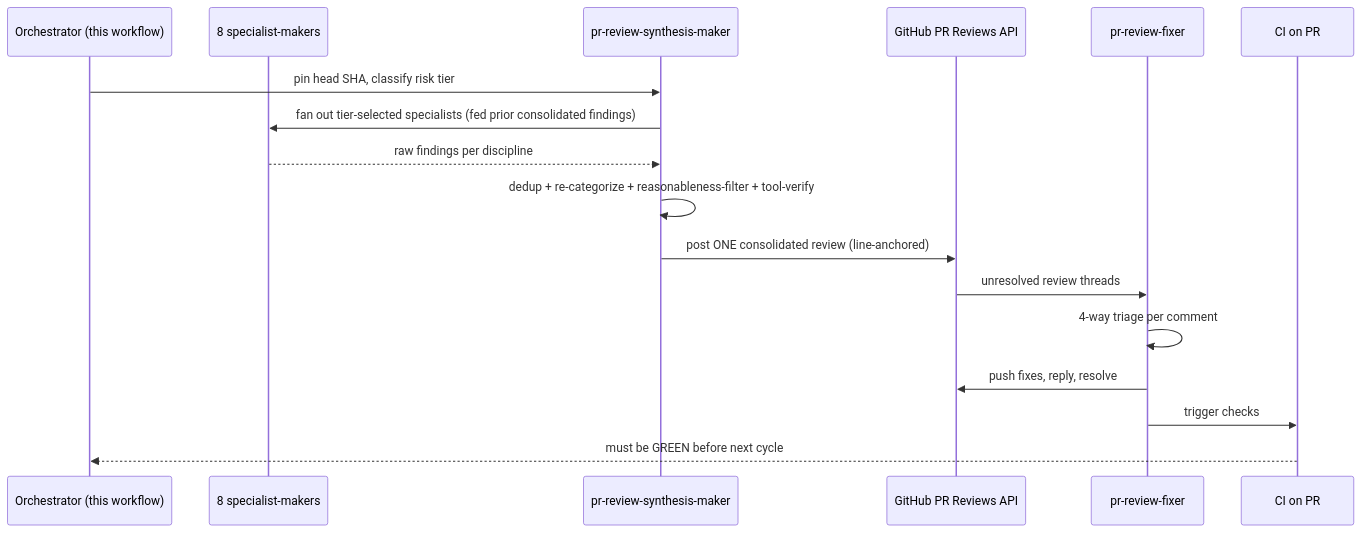
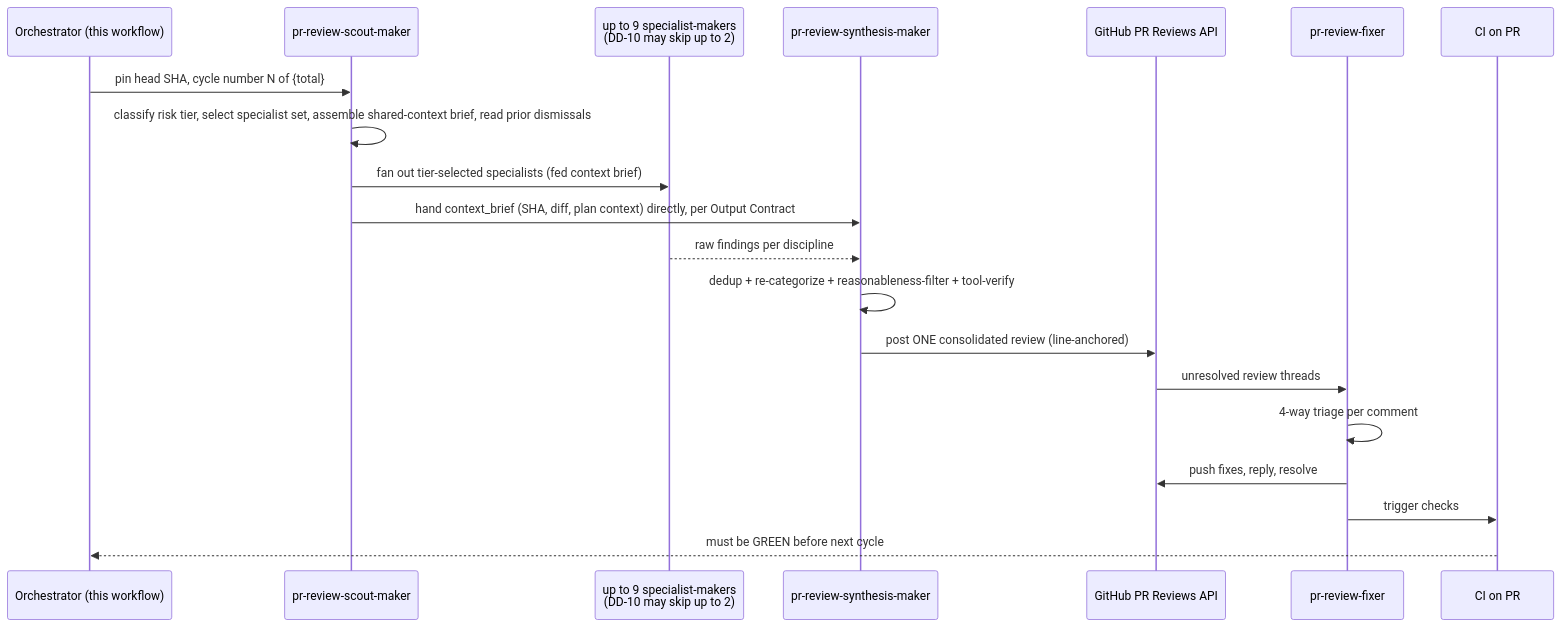
Before and after one commit to wahidyankf/ose-primer: the second of 3 diagrams in repo-governance/workflows/pr/pr-review-quality-gate.md, drawn with Mermaid. The commit also changed other lines of this file, not shown here.

First line of the commit message:
docs(workflow): wire scout-first pipeline into PR review quality gate

````diff
--- a/repo-governance/workflows/pr/pr-review-quality-gate.md
+++ b/repo-governance/workflows/pr/pr-review-quality-gate.md
@@ -151,20 +174,23 @@
 ```mermaid
 sequenceDiagram
   participant O as Orchestrator (this workflow)
-  participant SP as 8 specialist-makers
+  participant SC as pr-review-scout-maker
+  participant SP as up to 9 specialist-makers<br/>(DD-10 may skip up to 2)
   participant SY as pr-review-synthesis-maker
   participant GH as GitHub PR Reviews API
   participant F as pr-review-fixer
   participant CI as CI on PR
 
-  O->>SY: pin head SHA, classify risk tier
-  SY->>SP: fan out tier-selected specialists (fed prior consolidated findings)
+  O->>SC: pin head SHA, cycle number N of {total}
+  SC->>SC: classify risk tier, select specialist set, assemble shared-context brief, read prior dismissals
+  SC->>SP: fan out tier-selected specialists (fed context brief)
+  SC->>SY: hand context_brief (SHA, diff, plan context) directly, per Output Contract
   SP-->>SY: raw findings per discipline
   SY->>SY: dedup + re-categorize + reasonableness-filter + tool-verify
   SY->>GH: post ONE consolidated review (line-anchored)
   GH->>F: unresolved review threads
   F->>F: 4-way triage per comment
   F->>GH: push fixes, reply, resolve
   F->>CI: trigger checks
   CI-->>O: must be GREEN before next cycle
 ```
````
